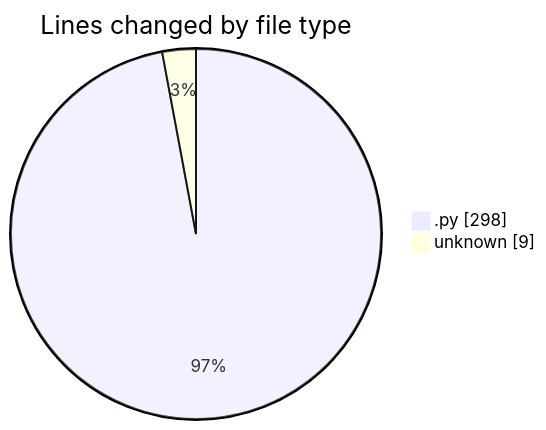
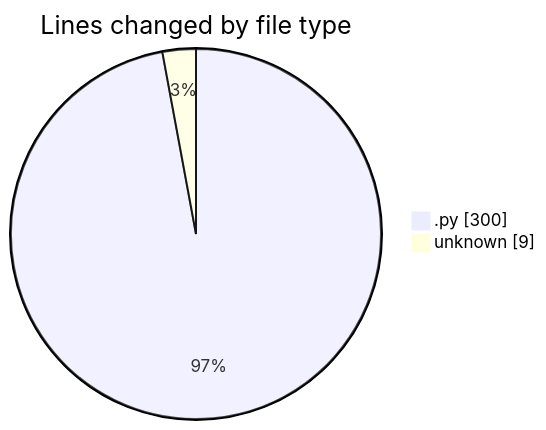
The first of 2 diagrams in 2025-02-13/samplepdf/README.md (momahboobian/code-tracking), drawn with Mermaid before and after one commit. The commit also changed other lines of this file and 1 other file, not shown here.

````diff
--- a/2025-02-13/samplepdf/README.md
+++ b/2025-02-13/samplepdf/README.md
@@ -26,6 +26,6 @@
 ```mermaid
 pie showData
 title Lines changed by file type
-".py" : 298
+".py" : 300
 "unknown" : 9
 ```
````
